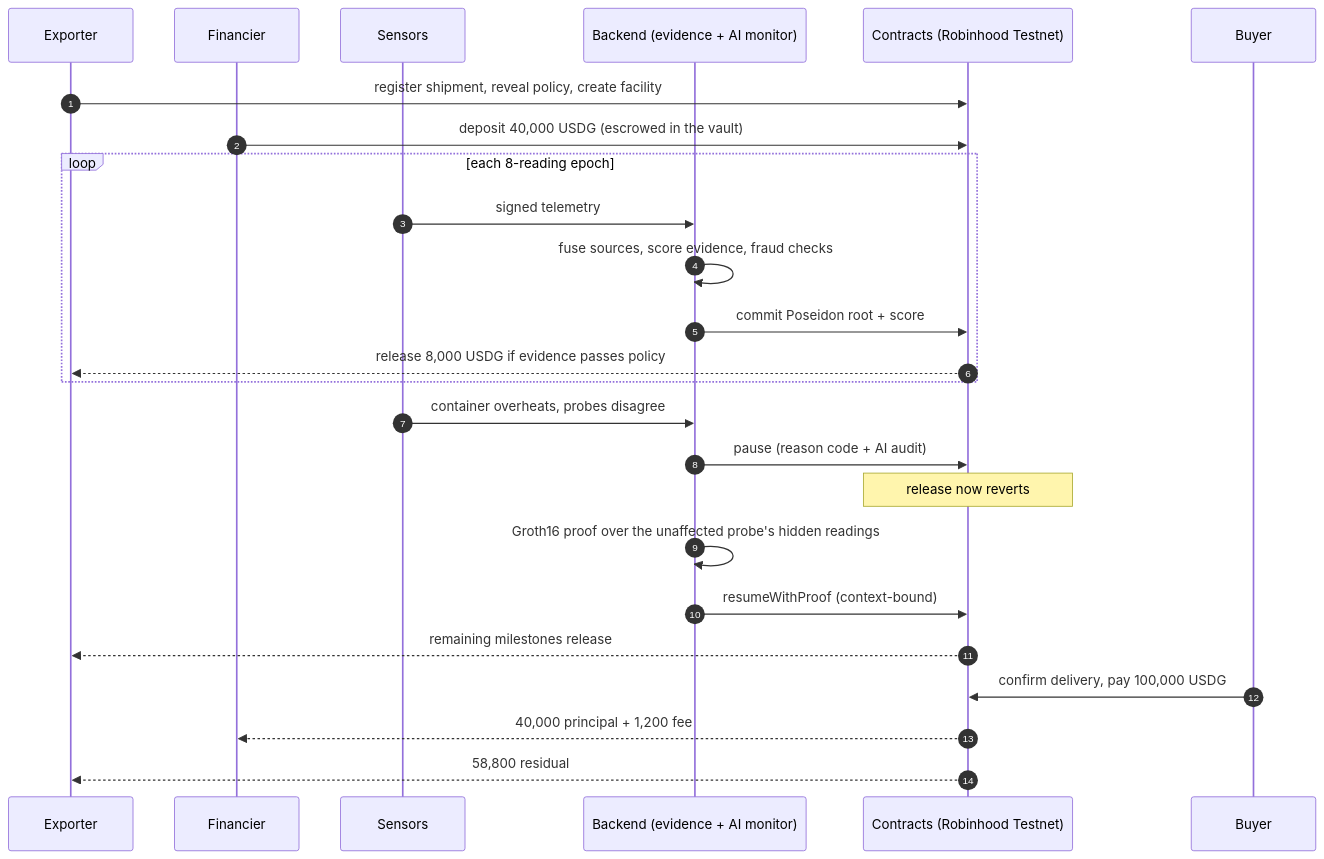
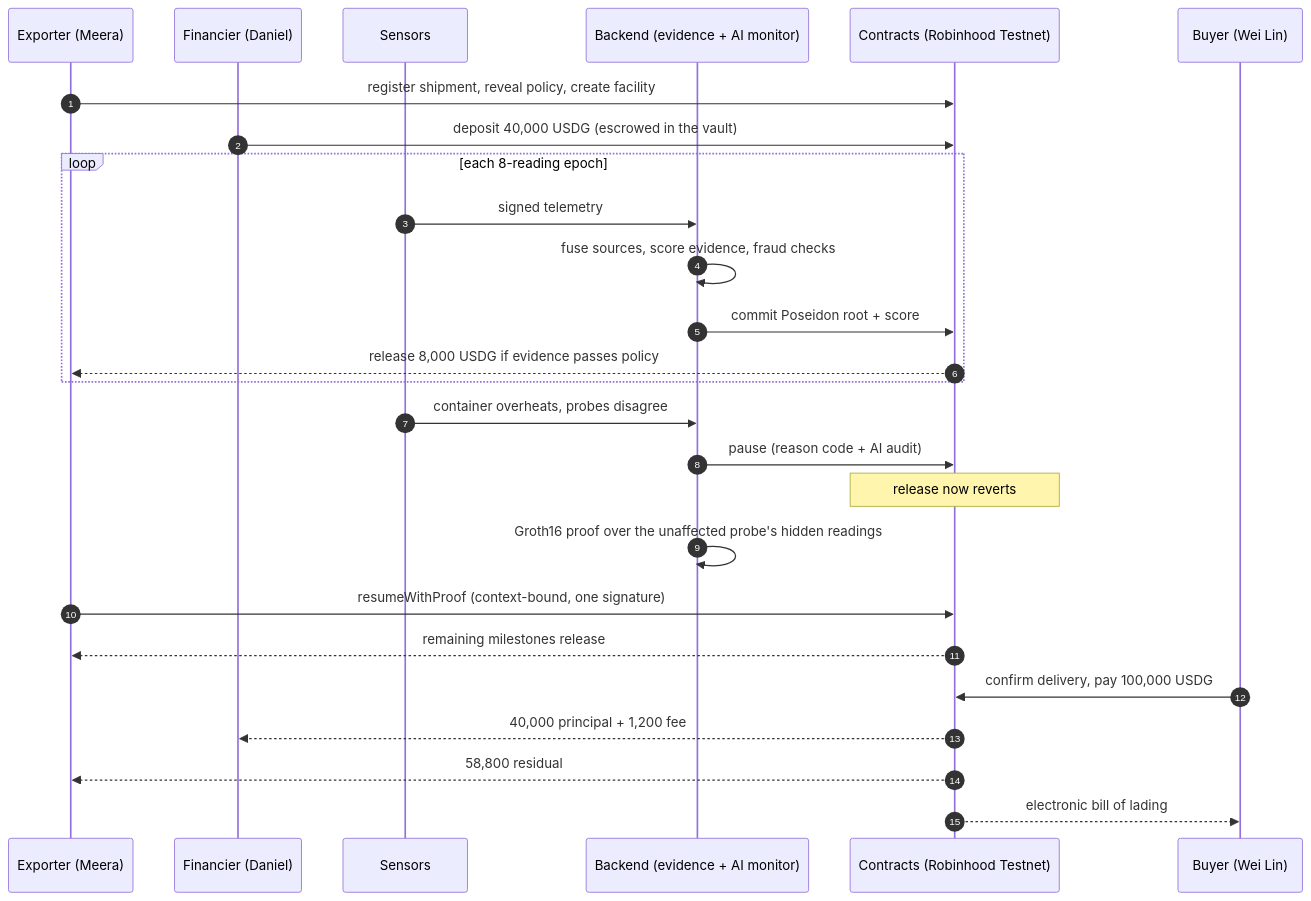
One commit to LSUDOKO/CargoFlow changed the diagram in README.md. Above: the diagram before and after it, drawn with Mermaid. The commit also changed other lines of this file and 70 other files, not shown here.

Commit message:
docs: story-led README with brand banner, cast, concept GIFs, architecture, claude.ai and light terminal captures, role guides and docs index

````diff
--- a/README.md
+++ b/README.md
@@ -105,27 +189,28 @@
 ```mermaid
 sequenceDiagram
     autonumber
-    participant X as Exporter
-    participant F as Financier
+    participant X as Exporter (Meera)
+    participant F as Financier (Daniel)
     participant S as Sensors
     participant B as Backend (evidence + AI monitor)
     participant C as Contracts (Robinhood Testnet)
-    participant Y as Buyer
+    participant Y as Buyer (Wei Lin)
     X->>C: register shipment, reveal policy, create facility
     F->>C: deposit 40,000 USDG (escrowed in the vault)
     loop each 8-reading epoch
         S->>B: signed telemetry
         B->>B: fuse sources, score evidence, fraud checks
         B->>C: commit Poseidon root + score
         C-->>X: release 8,000 USDG if evidence passes policy
     end
     S->>B: container overheats, probes disagree
     B->>C: pause (reason code + AI audit)
     Note over C: release now reverts
     B->>B: Groth16 proof over the unaffected probe's hidden readings
-    B->>C: resumeWithProof (context-bound)
+    X->>C: resumeWithProof (context-bound, one signature)
     C-->>X: remaining milestones release
     Y->>C: confirm delivery, pay 100,000 USDG
     C-->>F: 40,000 principal + 1,200 fee
     C-->>X: 58,800 residual
+    C-->>Y: electronic bill of lading
 ```
````
